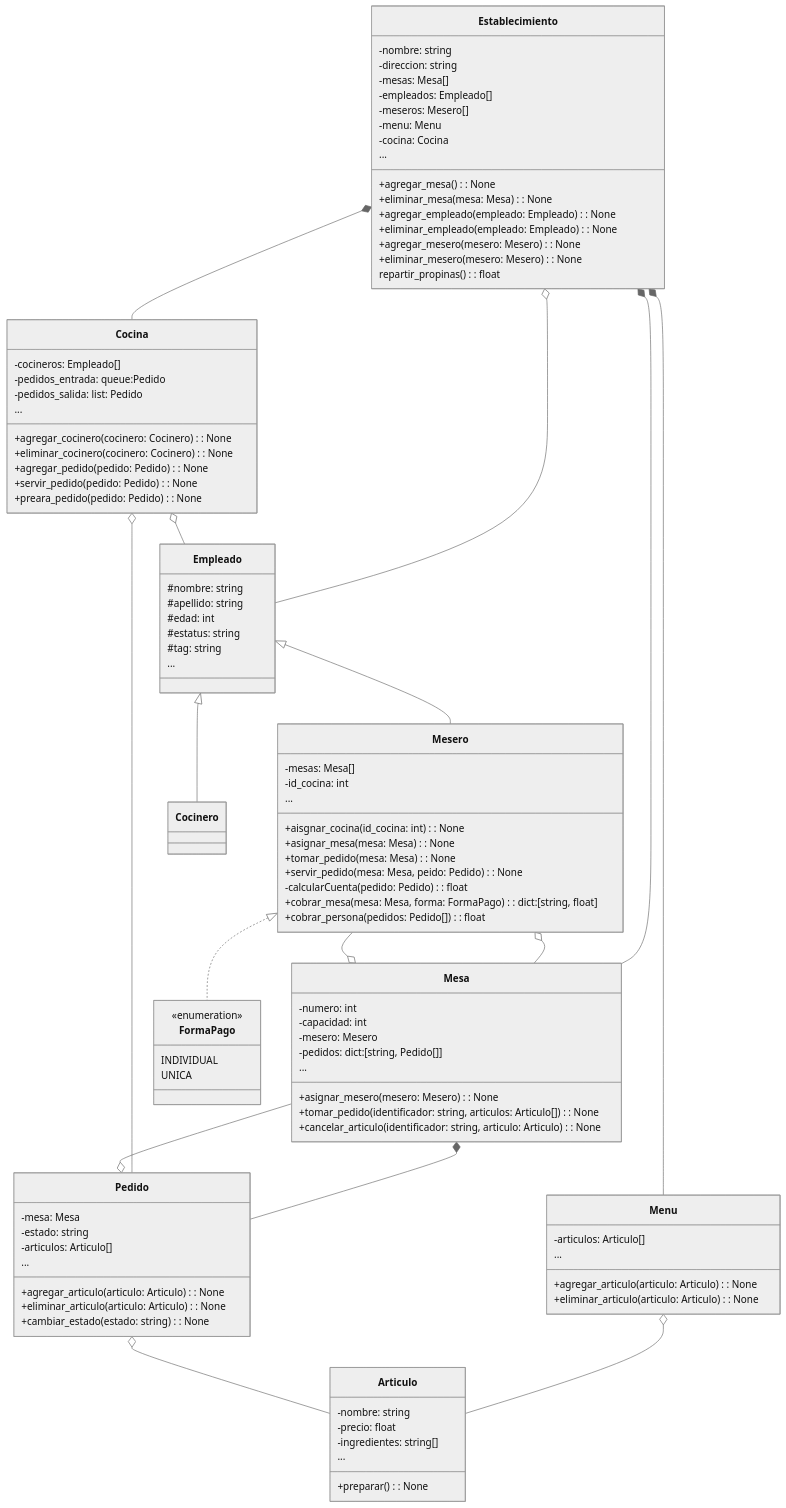
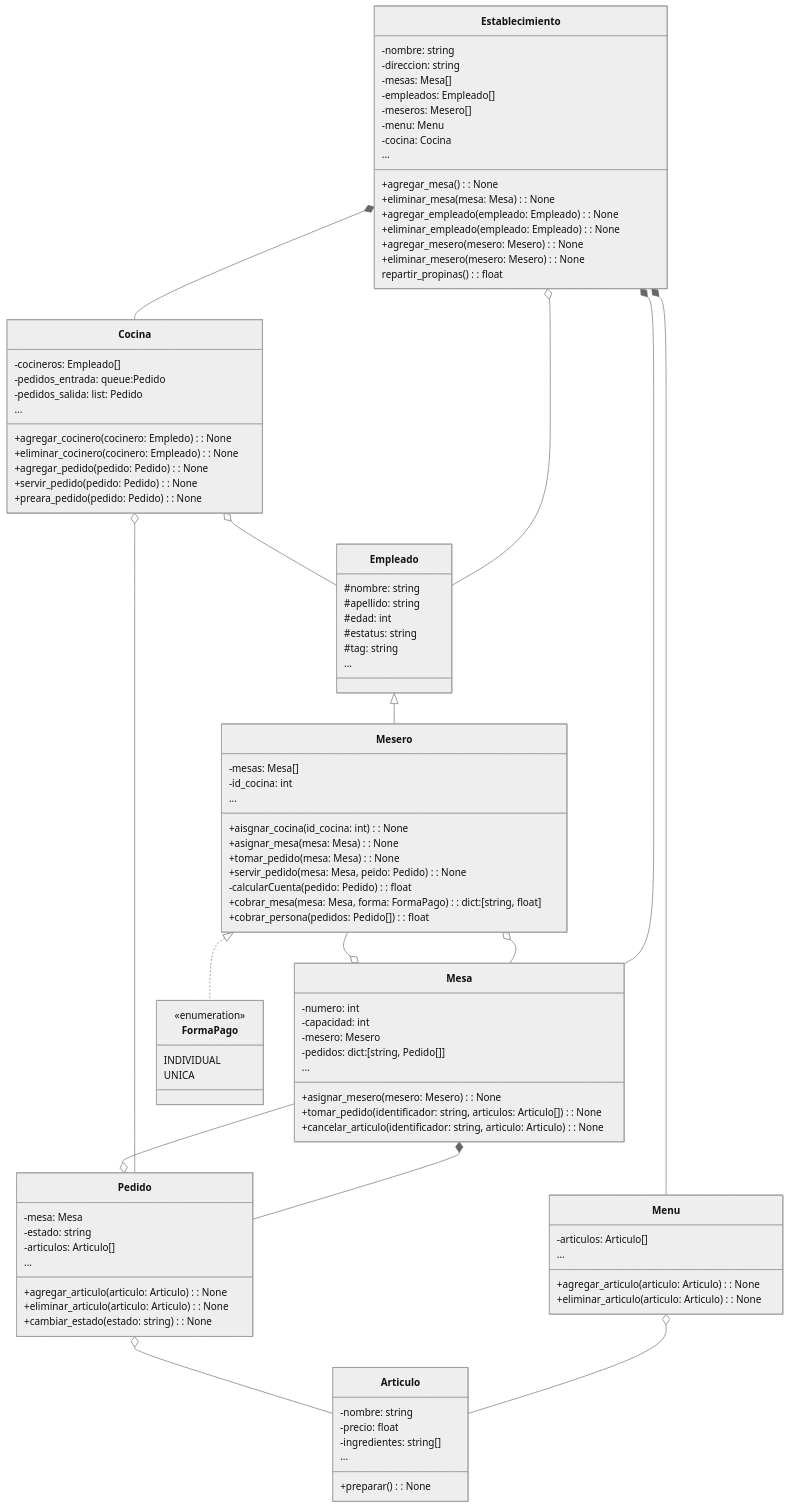
The diagram in UML.md (joseAcevesG/SOFT_RESTAURANT), drawn with Mermaid (neutral theme) before and after one commit.

Commit message:
UML 1.11

```diff
--- a/UML.md
+++ b/UML.md
@@ -26,8 +26,8 @@
         -cocineros: Empleado[]
         -pedidos_entrada: queue:Pedido
         -pedidos_salida: list: Pedido
-        +agregar_cocinero(cocinero: Cocinero): None
-        +eliminar_cocinero(cocinero: Cocinero): None
+        +agregar_cocinero(cocinero: Empledo): None
+        +eliminar_cocinero(cocinero: Empleado): None
         +agregar_pedido(pedido: Pedido): None
         +servir_pedido(pedido: Pedido): None
         +preara_pedido(pedido: Pedido): None
@@ -108,7 +108,6 @@
     Establecimiento *--Mesa
     Empleado <|-- Mesero
     Pedido o--Mesa
-    Empleado <|-- Cocinero
     Mesero <|.. FormaPago
     Cocina o-- Empleado
     Mesa o-- Mesero
```
